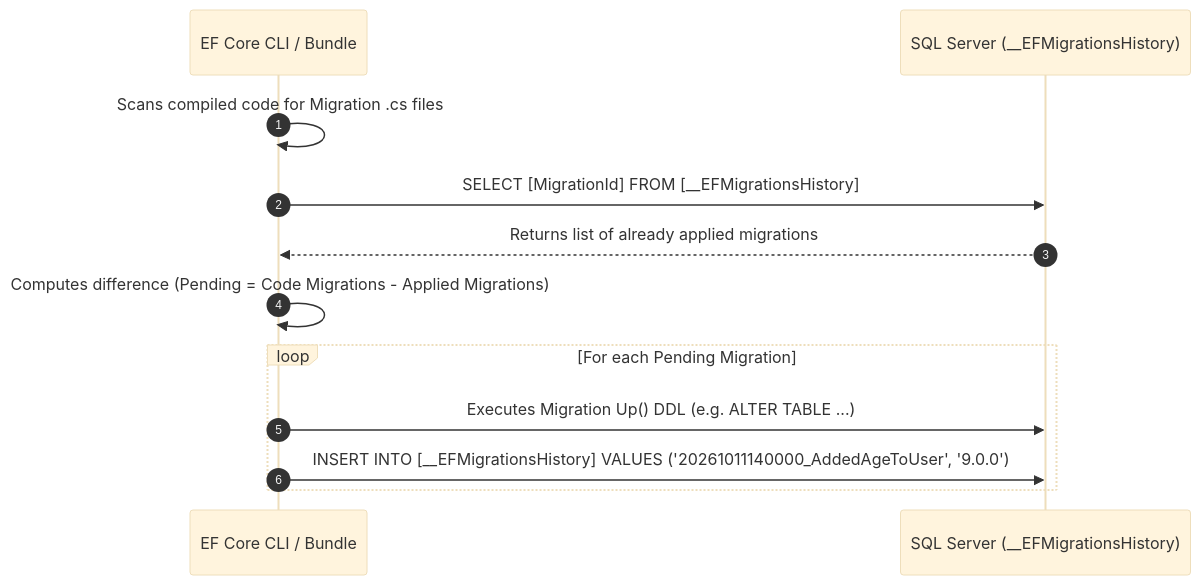
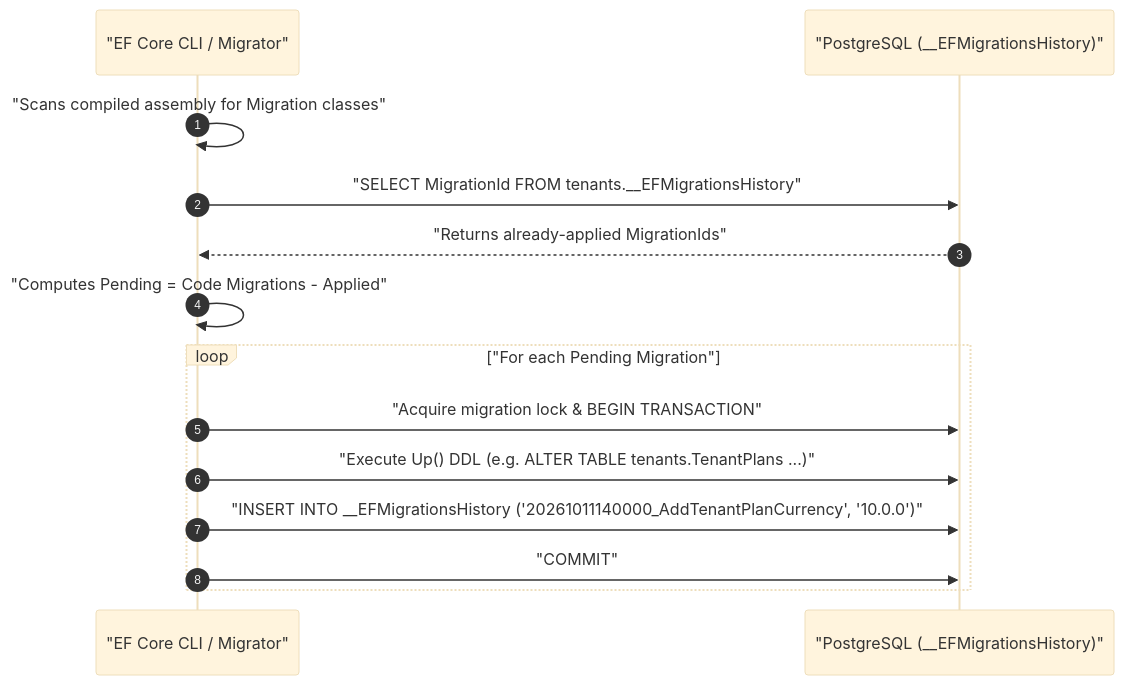
One commit to primecoderIN/learning-docs changed the first of 4 diagrams in EF_Core_Fundamentals/10_Module_10_Migrations.md. Above: the diagram before and after it, drawn with Mermaid (base theme). The commit also changed other lines of this file and 10 other files, not shown here.

````diff
--- a/EF_Core_Fundamentals/10_Module_10_Migrations.md
+++ b/EF_Core_Fundamentals/10_Module_10_Migrations.md
@@ -122,15 +194,17 @@
 ```mermaid
 sequenceDiagram
     autonumber
-    participant App as EF Core CLI / Bundle
-    participant DB as SQL Server (__EFMigrationsHistory)
+    participant App as "EF Core CLI / Migrator"
+    participant DB as "PostgreSQL (__EFMigrationsHistory)"
 
-    App->>App: Scans compiled code for Migration .cs files
-    App->>DB: SELECT [MigrationId] FROM [__EFMigrationsHistory]
-    DB-->>App: Returns list of already applied migrations
-    App->>App: Computes difference (Pending = Code Migrations - Applied Migrations)
-    loop For each Pending Migration
-        App->>DB: Executes Migration Up() DDL (e.g. ALTER TABLE ...)
-        App->>DB: INSERT INTO [__EFMigrationsHistory] VALUES ('20261011140000_AddedAgeToUser', '9.0.0')
+    App->>App: "Scans compiled assembly for Migration classes"
+    App->>DB: "SELECT MigrationId FROM tenants.__EFMigrationsHistory"
+    DB-->>App: "Returns already-applied MigrationIds"
+    App->>App: "Computes Pending = Code Migrations - Applied"
+    loop "For each Pending Migration"
+        App->>DB: "Acquire migration lock & BEGIN TRANSACTION"
+        App->>DB: "Execute Up() DDL (e.g. ALTER TABLE tenants.TenantPlans ...)"
+        App->>DB: "INSERT INTO __EFMigrationsHistory ('20261011140000_AddTenantPlanCurrency', '10.0.0')"
+        App->>DB: "COMMIT"
     end
 ```
````
